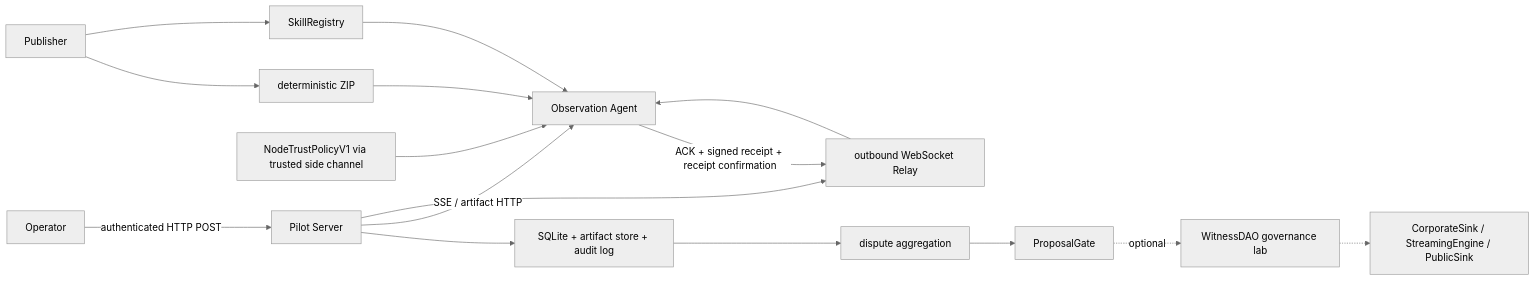
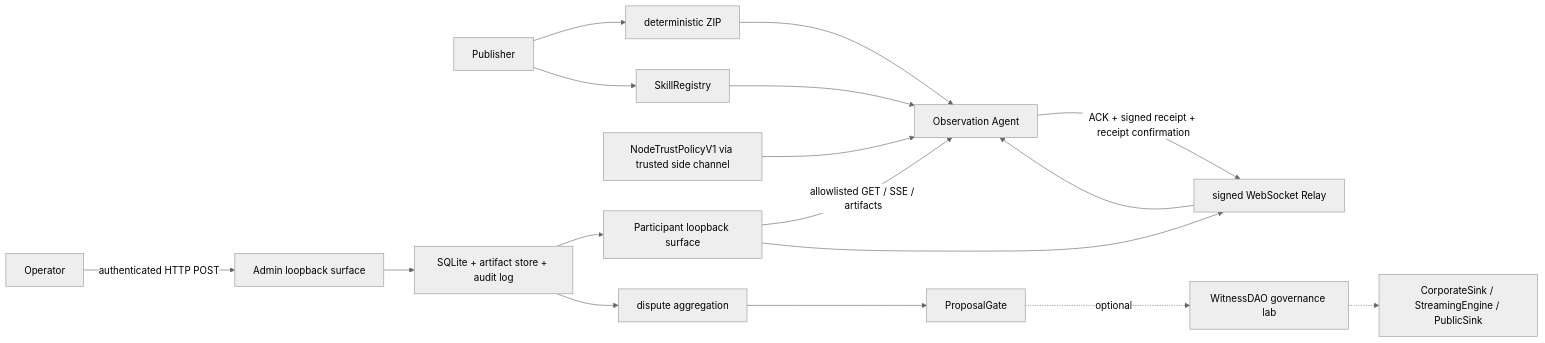
Before and after one commit to Wenbobobo/loveengine-witness-skill: the first of 4 diagrams in docs/architecture/witness-core-and-data-flow.zh-CN.md, drawn with Mermaid (neutral theme). The commit also changed other lines of this file and 79 other files, not shown here.

```diff
--- a/docs/architecture/witness-core-and-data-flow.zh-CN.md
+++ b/docs/architecture/witness-core-and-data-flow.zh-CN.md
@@ -28,18 +32,19 @@
 ~~~mermaid
 flowchart LR
     Publisher["Publisher"] --> Package["deterministic ZIP"]
     Publisher --> Registry["SkillRegistry"]
     Policy["NodeTrustPolicyV1 via trusted side channel"] --> Node["Observation Agent"]
     Package --> Node
     Registry --> Node
-    Operator["Operator"] -->|authenticated HTTP POST| Server["Pilot Server"]
-    Server --> Store["SQLite + artifact store + audit log"]
-    Server -->|SSE / artifact HTTP| Node
-    Server --> Relay["outbound WebSocket Relay"]
+    Operator["Operator"] -->|authenticated HTTP POST| Admin["Admin loopback surface"]
+    Admin --> Store["SQLite + artifact store + audit log"]
+    Participant["Participant loopback surface"] -->|allowlisted GET / SSE / artifacts| Node
+    Participant --> Relay["signed WebSocket Relay"]
+    Store --> Participant
     Relay --> Node
     Node -->|ACK + signed receipt + receipt confirmation| Relay
     Store --> Review["dispute aggregation"]
     Review --> Gate["ProposalGate"]
     Gate -. optional .-> DAO["WitnessDAO governance lab"]
     DAO -.-> Sink["CorporateSink / StreamingEngine / PublicSink"]
 ~~~
```
